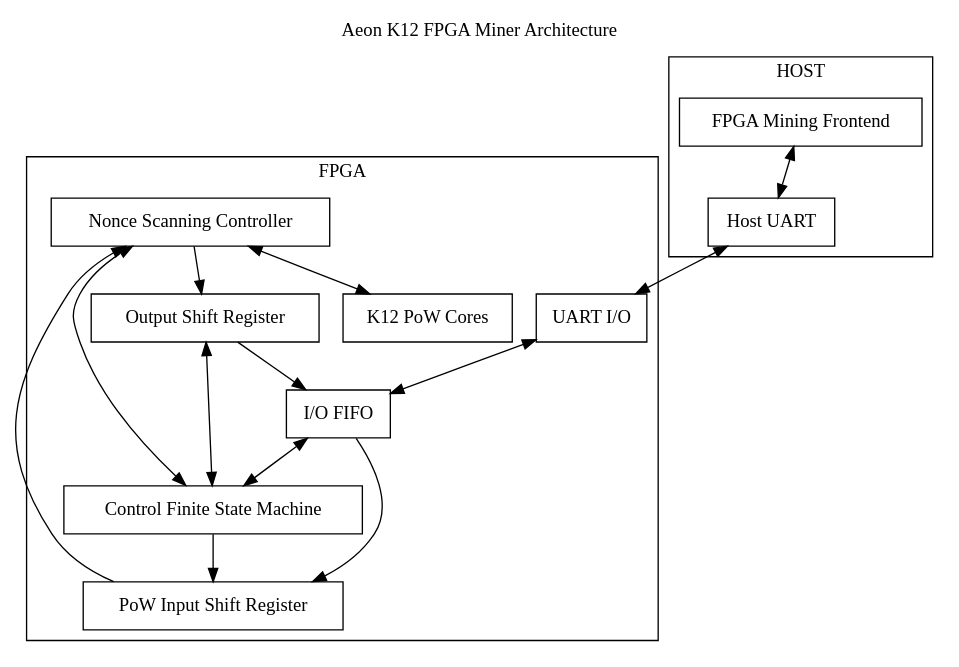
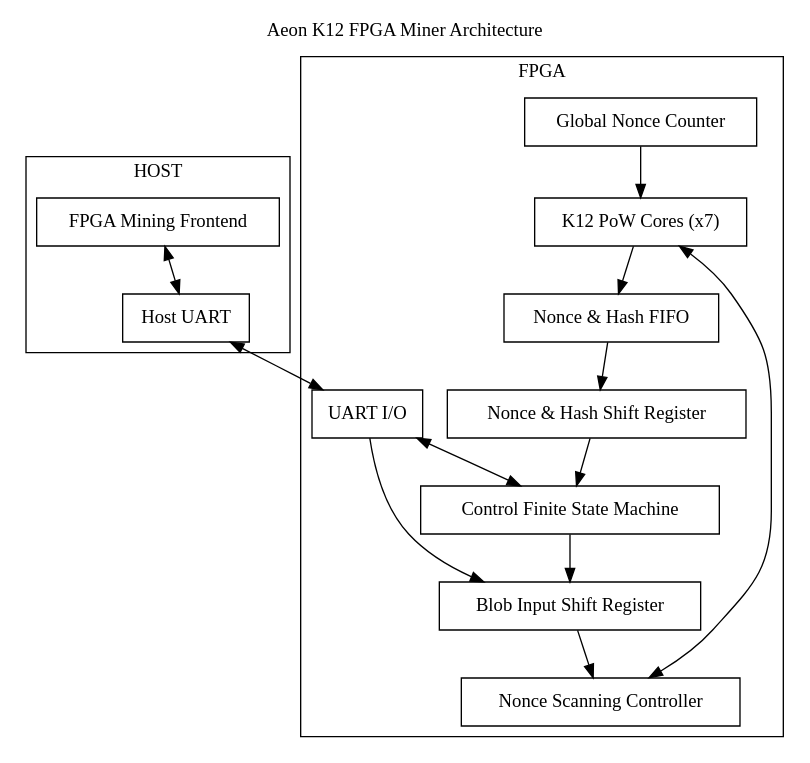
The diagram in arch.dot (NeoChen1024/Aeon-K12-FPGA-Miner), drawn with Graphviz before and after one commit. The commit also changed 1 other file, not shown here.

Commit message:
architecture

```diff
--- a/arch.dot
+++ b/arch.dot
@@ -1,38 +1,38 @@
 digraph "Aeon K12 FPGA Miner Architecture"
 {
 	labelloc="t";
 	label="Aeon K12 FPGA Miner Architecture";
 	rankdir=TD
 	node [shape=box]
-	pow [label="K12 PoW Cores"]
-	nc [label="Nonce Scanning Controller"]
+	pow [label="K12 PoW Cores (x7)"]
+	nsc [label="Nonce Scanning Controller"]
 	cfsm [label="Control Finite State Machine"]
 	uart [label="UART I/O"]
-	fifo [label="I/O FIFO"]
-	isr [label="PoW Input Shift Register"]
-	osr [label="Output Shift Register"]
+	fifo [label="Nonce & Hash FIFO"]
+	bisr [label="Blob Input Shift Register"]
+	nhsr [label="Nonce & Hash Shift Register"]
+	gctr [label="Global Nonce Counter"]
 
 	frontend [label="FPGA Mining Frontend"]
 	host_uart [label="Host UART"]
 
 	subgraph cluster_fpga {
 		label = "FPGA";
 
-		uart -> fifo [dir=both]
-		fifo -> cfsm [dir=both]
-		cfsm -> isr
-		isr -> nc
-		fifo -> isr
-		cfsm -> nc [dir=both]
-		nc -> pow [dir=both]
-		nc -> osr
-		osr -> fifo
-		cfsm -> osr [dir=both]
+		uart -> cfsm [dir=both]
+		cfsm -> bisr
+		uart -> bisr
+		bisr -> nsc
+		nsc -> pow [dir=both]
+		pow -> fifo
+		fifo -> nhsr
+		nhsr -> cfsm
+		gctr -> pow
 	}
 	subgraph cluster_host {
 		label = "HOST";
 
 		frontend -> host_uart [dir=both]
 		host_uart -> uart [dir=both]
 	}
 }
```
